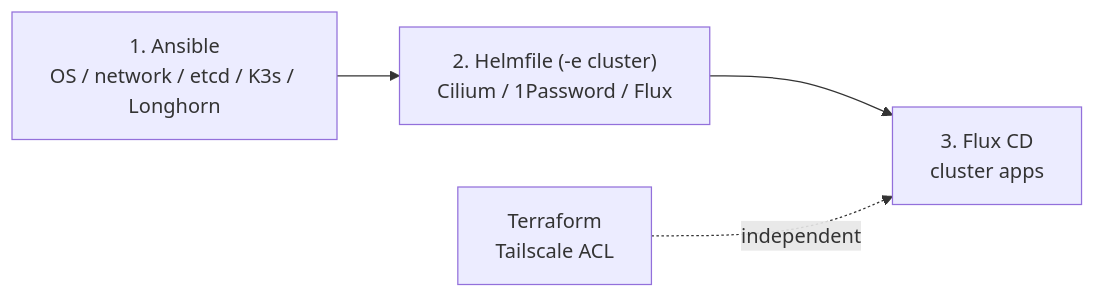
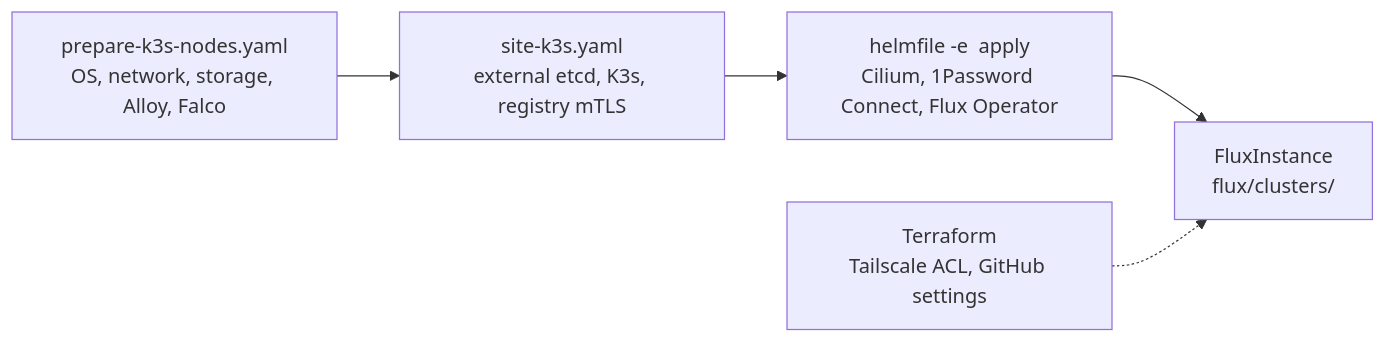
One commit to Soli0222/pke changed the diagram in README.md. Above: the diagram before and after it, drawn with Mermaid. The commit also changed other lines of this file and 3 other files, not shown here.

First line of the commit message:
docs(github/README.md): GitHub Terraform 構成のドキュメントを更新

````diff
--- a/README.md
+++ b/README.md
@@ -40,6 +18,7 @@
 ```mermaid
 flowchart LR
-    A["1. Ansible<br/>OS / network / etcd / K3s / Longhorn"] --> B["2. Helmfile (-e cluster)<br/>Cilium / 1Password / Flux"]
-    B --> C["3. Flux CD<br/>cluster apps"]
-    D["Terraform<br/>Tailscale ACL"] -. independent .-> C
+    A["prepare-k3s-nodes.yaml<br/>OS, network, storage, Alloy, Falco"] --> B["site-k3s.yaml<br/>external etcd, K3s, registry mTLS"]
+    B --> C["helmfile -e <cluster> apply<br/>Cilium, 1Password Connect, Flux Operator"]
+    C --> D["FluxInstance<br/>flux/clusters/<cluster>"]
+    E["Terraform<br/>Tailscale ACL, GitHub settings"] -.-> D
 ```
````
